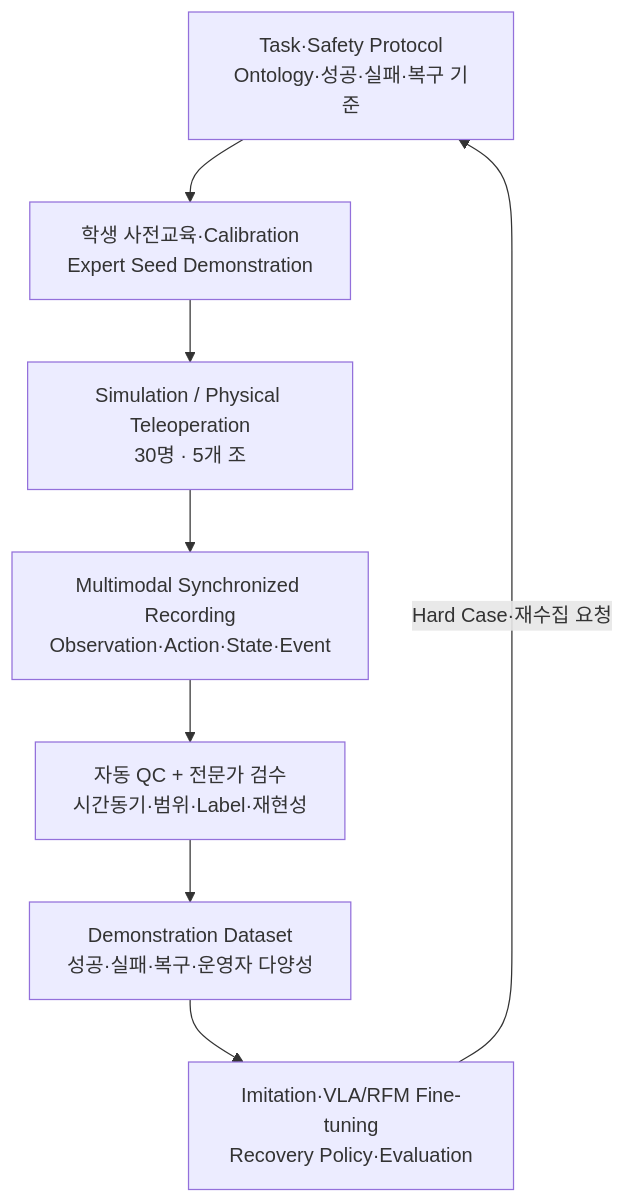
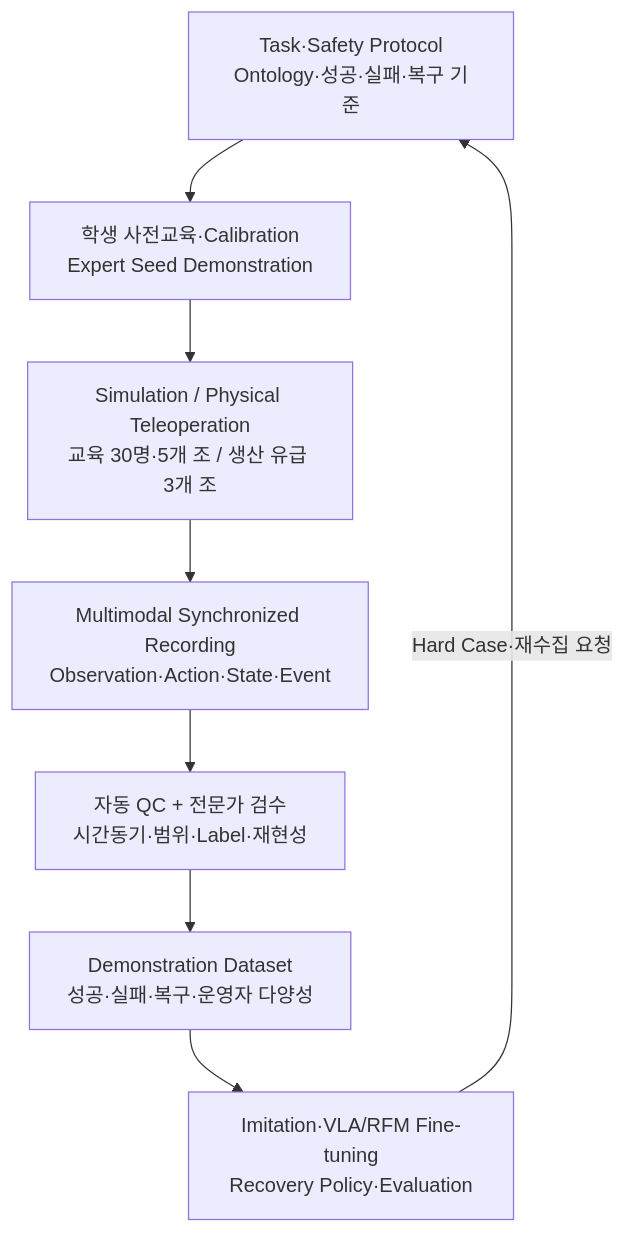
One commit to parclab-hsu/parclab-hsu.github.io changed the fourth of 10 diagrams in homepage-src/docs/projects/manufacturing-data-factory-rfm/index.md. Above: the diagram before and after it, drawn with Mermaid. The commit also changed other lines of this file and 2 other files, not shown here.

````diff
--- a/homepage-src/docs/projects/manufacturing-data-factory-rfm/index.md
+++ b/homepage-src/docs/projects/manufacturing-data-factory-rfm/index.md
@@ -614,10 +720,10 @@
 ```mermaid
 flowchart TB
     PROTOCOL["Task·Safety Protocol<br/>Ontology·성공·실패·복구 기준"] --> TRAINING["학생 사전교육·Calibration<br/>Expert Seed Demonstration"]
-    TRAINING --> TELEOP["Simulation / Physical Teleoperation<br/>30명 · 5개 조"]
+    TRAINING --> TELEOP["Simulation / Physical Teleoperation<br/>교육 30명·5개 조 / 생산 유급 3개 조"]
     TELEOP --> RECORD["Multimodal Synchronized Recording<br/>Observation·Action·State·Event"]
     RECORD --> QC["자동 QC + 전문가 검수<br/>시간동기·범위·Label·재현성"]
     QC --> DATASET["Demonstration Dataset<br/>성공·실패·복구·운영자 다양성"]
     DATASET --> LEARN["Imitation·VLA/RFM Fine-tuning<br/>Recovery Policy·Evaluation"]
     LEARN -->|Hard Case·재수집 요청| PROTOCOL
 ```
````
